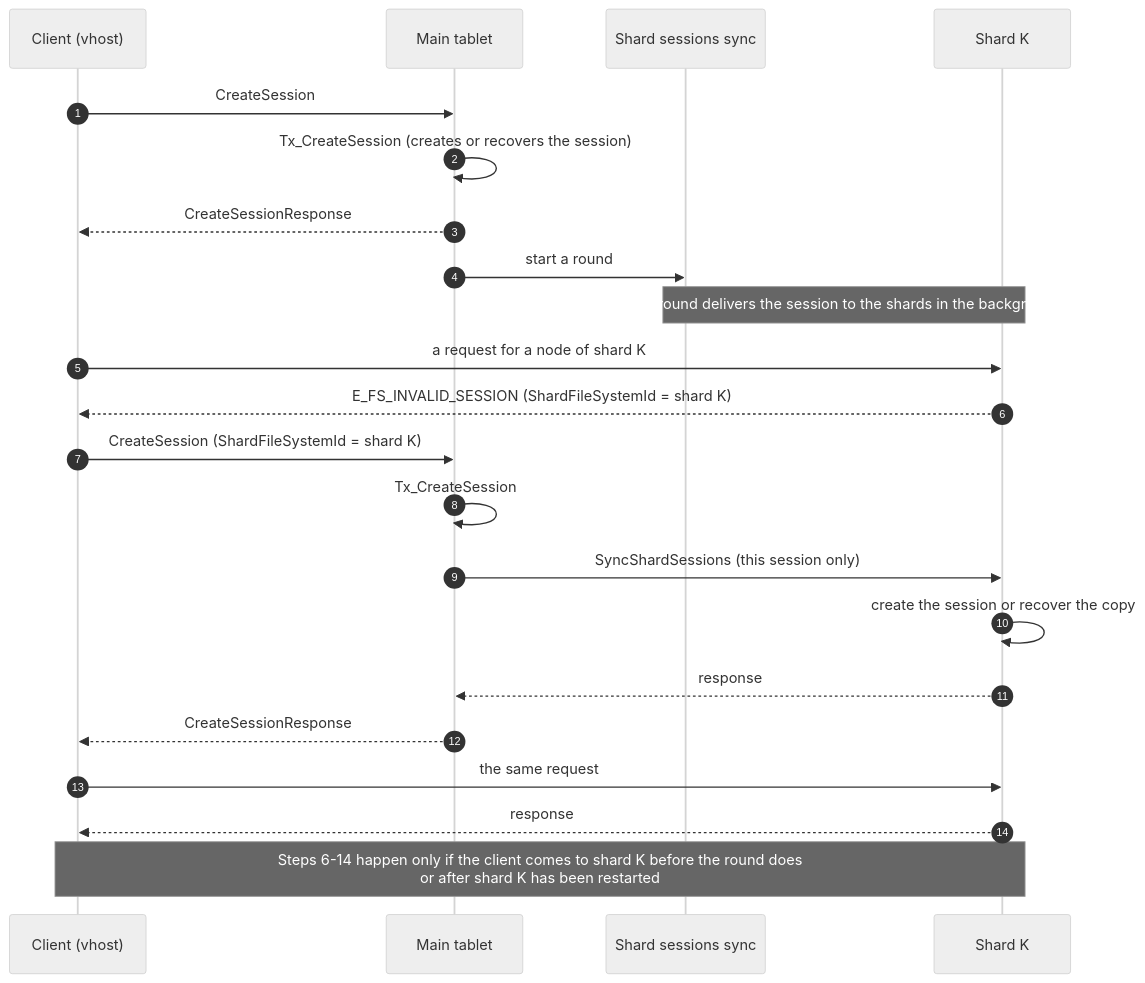
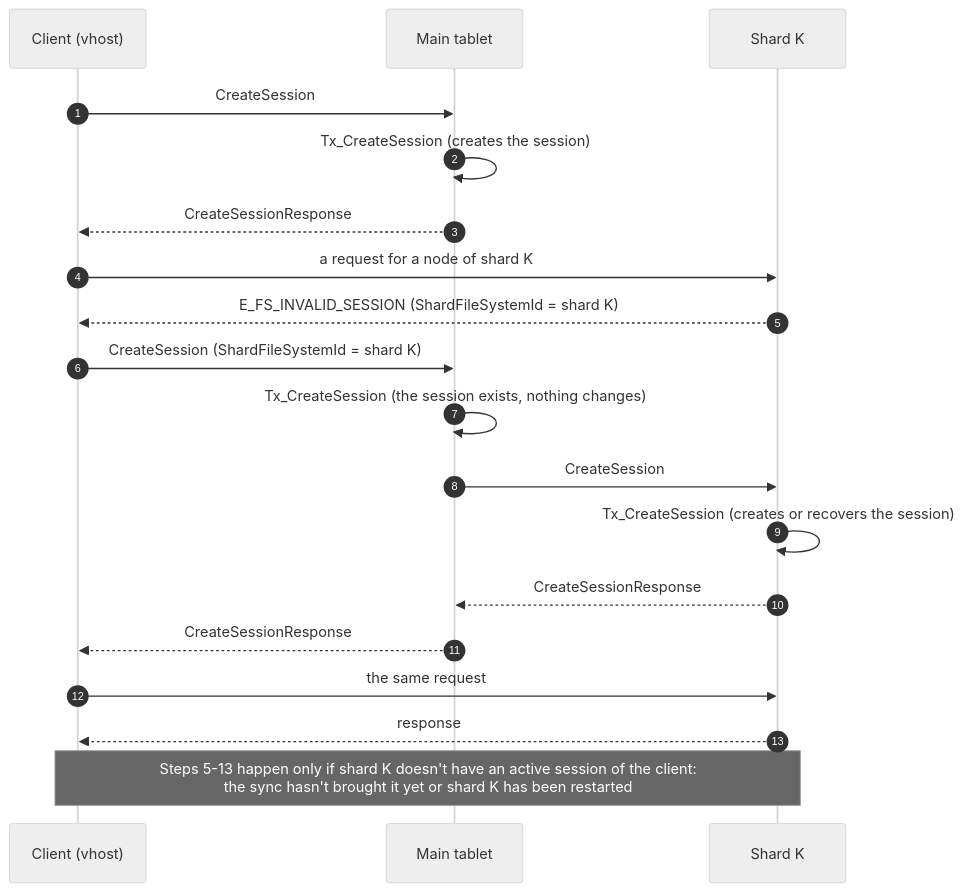
Before and after one commit to ydb-platform/nbs: the second of 2 diagrams in doc/filestore/design/lazy_shard_sessions.md, drawn with Mermaid (neutral theme). The commit also changed other lines of this file, not shown here.

````diff
--- a/doc/filestore/design/lazy_shard_sessions.md
+++ b/doc/filestore/design/lazy_shard_sessions.md
@@ -74,27 +64,24 @@
 ```mermaid
 sequenceDiagram
     autonumber
     participant C as Client (vhost)
     participant M as Main tablet
-    participant A as Shard sessions sync
     participant S as Shard K
 
     C->>M: CreateSession
-    M->>M: Tx_CreateSession (creates or recovers the session)
+    M->>M: Tx_CreateSession (creates the session)
     M-->>C: CreateSessionResponse
-    M->>A: start a round
-    Note over A,S: The round delivers the session to the shards in the background
 
     C->>S: a request for a node of shard K
     S-->>C: E_FS_INVALID_SESSION (ShardFileSystemId = shard K)
     C->>M: CreateSession (ShardFileSystemId = shard K)
-    M->>M: Tx_CreateSession
-    M->>S: SyncShardSessions (this session only)
-    S->>S: create the session or recover the copy
-    S-->>M: response
+    M->>M: Tx_CreateSession (the session exists, nothing changes)
+    M->>S: CreateSession
+    S->>S: Tx_CreateSession (creates or recovers the session)
+    S-->>M: CreateSessionResponse
     M-->>C: CreateSessionResponse
     C->>S: the same request
     S-->>C: response
 
-    Note over C,S: Steps 6-14 happen only if the client comes to shard K before the round does<br/>or after shard K has been restarted
+    Note over C,S: Steps 5-13 happen only if shard K doesn't have an active session of the client:<br/>the sync hasn't brought it yet or shard K has been restarted
 ```
````
